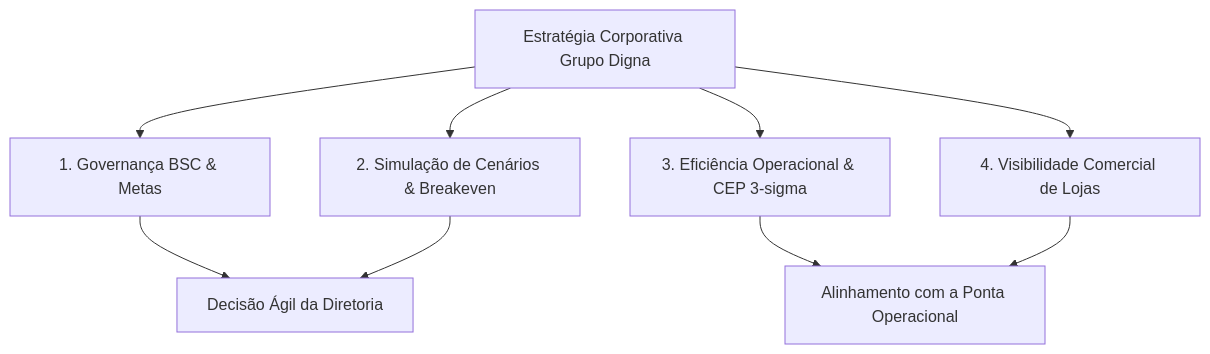
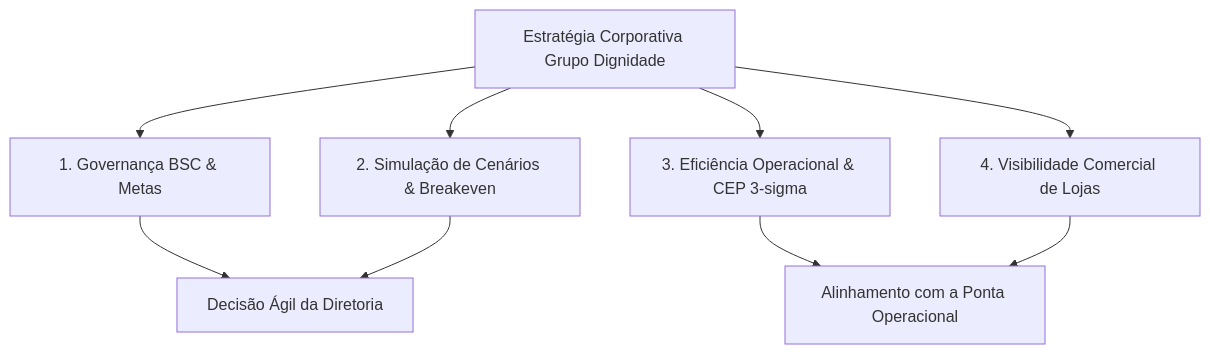
One commit to Rafael07/planning-performance-analytics changed the diagram in docs/index.md. Above: the diagram before and after it, drawn with Mermaid. The commit also changed other lines of this file and 6 other files, not shown here.

Commit message:
fix(naming): padroniza denominacao corporativa para Grupo Dignidade

````diff
--- a/docs/index.md
+++ b/docs/index.md
@@ -21,12 +21,12 @@
 ```mermaid
 graph TD
-    A[Estratégia Corporativa Grupo Digna] --> B[1. Governança BSC & Metas]
+    A[Estratégia Corporativa Grupo Dignidade] --> B[1. Governança BSC & Metas]
     A --> C[2. Simulação de Cenários & Breakeven]
     A --> D[3. Eficiência Operacional & CEP 3-sigma]
     A --> E[4. Visibilidade Comercial de Lojas]
 
     B --> F[Decisão Ágil da Diretoria]
     C --> F
     D --> G[Alinhamento com a Ponta Operacional]
     E --> G
 ```
````
